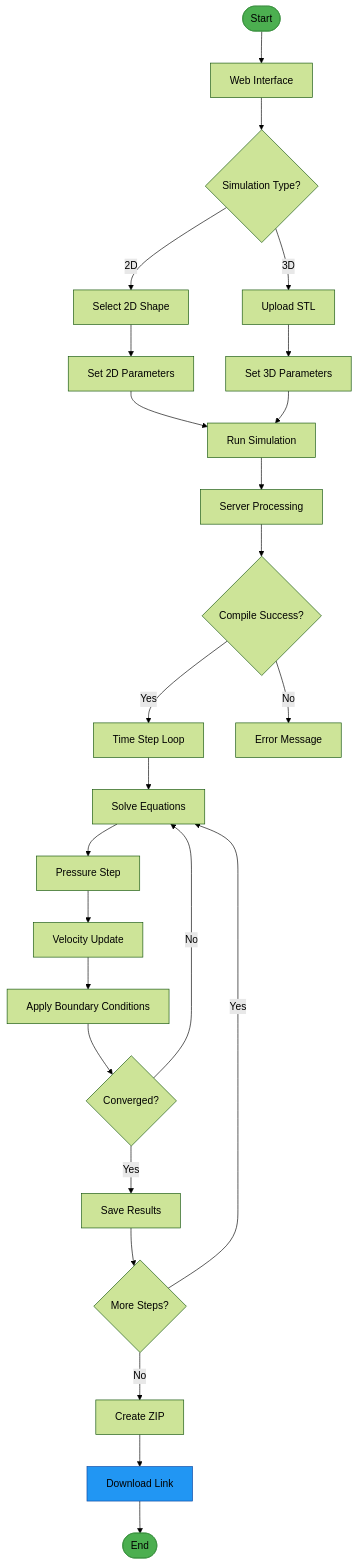
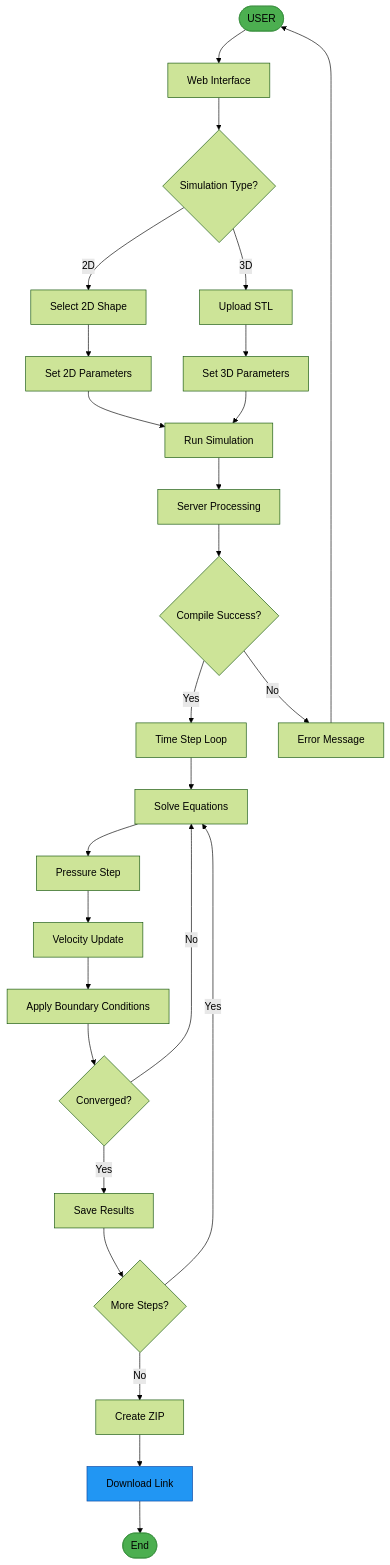
The diagram in flowchart.md (shivamKrishnan/simple_cfd), drawn with Mermaid (forest theme) before and after one commit.

````diff
--- a/flowchart.md
+++ b/flowchart.md
@@ -1,31 +1,32 @@
 ```mermaid
 flowchart TD
-    A([Start]) --> B[Web Interface]
+    A([USER]) --> B[Web Interface]
     B --> C{Simulation Type?}
     C -->|2D| D[Select 2D Shape]
     C -->|3D| E[Upload STL]
     D --> F[Set 2D Parameters]
     E --> G[Set 3D Parameters]
     F --> H[Run Simulation]
     G --> H
     H --> I[Server Processing]
     I --> J{Compile Success?}
     J -->|Yes| K[Time Step Loop]
     J -->|No| L[Error Message]
+    L --> A
     K --> M[Solve Equations]
     M --> N[Pressure Step]
     N --> O[Velocity Update]
     O --> P[Apply Boundary Conditions]
     P --> Q{Converged?}
     Q -->|No| M
     Q -->|Yes| R[Save Results]
     R --> S{More Steps?}
     S -->|Yes| M
     S -->|No| T[Create ZIP]
     T --> U[Download Link]
     U --> V([End])
 
     style A fill:#4CAF50,stroke:#388E3C
     style V fill:#4CAF50,stroke:#388E3C
     style U fill:#2196F3,stroke:#0D47A1
 ```
````
